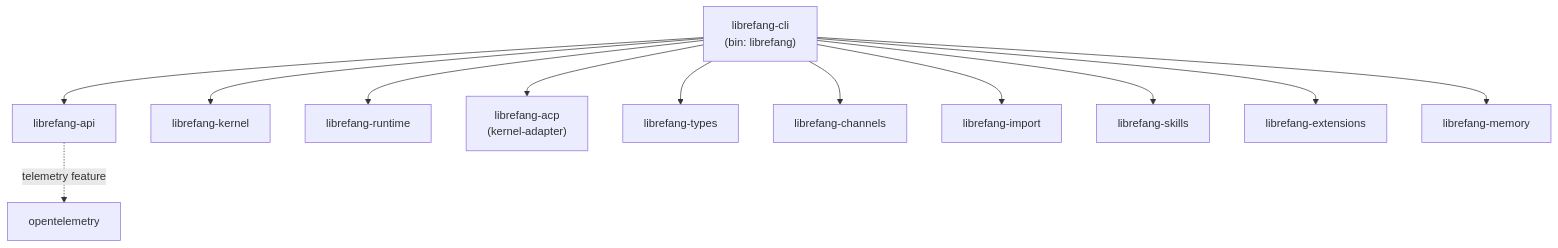
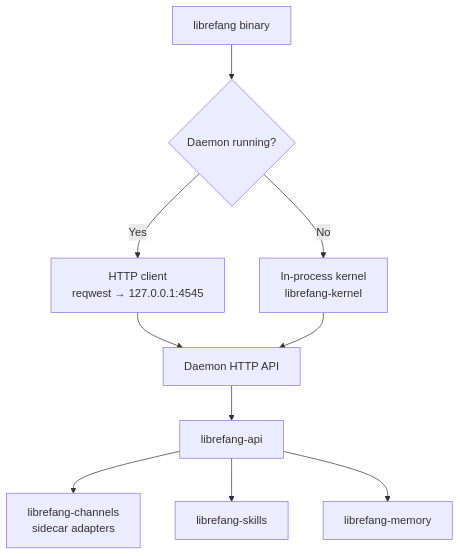
Before and after one commit to leszek3737/librefang-WIki: the diagram in other-librefang-cli.md, drawn with Mermaid. The commit also changed other lines of this file and 126 other files, not shown here.

````diff
--- a/other-librefang-cli.md
+++ b/other-librefang-cli.md
@@ -56,15 +14,12 @@
 ```mermaid
 graph TD
-    CLI["librefang-cli<br/>(bin: librefang)"]
-    CLI --> API["librefang-api"]
-    CLI --> KERNEL["librefang-kernel"]
-    CLI --> RUNTIME["librefang-runtime"]
-    CLI --> ACP["librefang-acp<br/>(kernel-adapter)"]
-    CLI --> TYPES["librefang-types"]
-    CLI --> CHANNELS["librefang-channels"]
-    CLI --> IMPORT["librefang-import"]
-    CLI --> SKILLS["librefang-skills"]
-    CLI --> EXT["librefang-extensions"]
-    CLI --> MEMORY["librefang-memory"]
-    API -.->|telemetry feature| OTEL["opentelemetry"]
+    A[librefang binary] --> B{Daemon running?}
+    B -->|Yes| C[HTTP client<br>reqwest → 127.0.0.1:4545]
+    B -->|No| D[In-process kernel<br>librefang-kernel]
+    C --> E[Daemon HTTP API]
+    D --> E
+    E --> F[librefang-api]
+    F --> G[librefang-channels<br>sidecar adapters]
+    F --> H[librefang-skills]
+    F --> I[librefang-memory]
 ```
````
